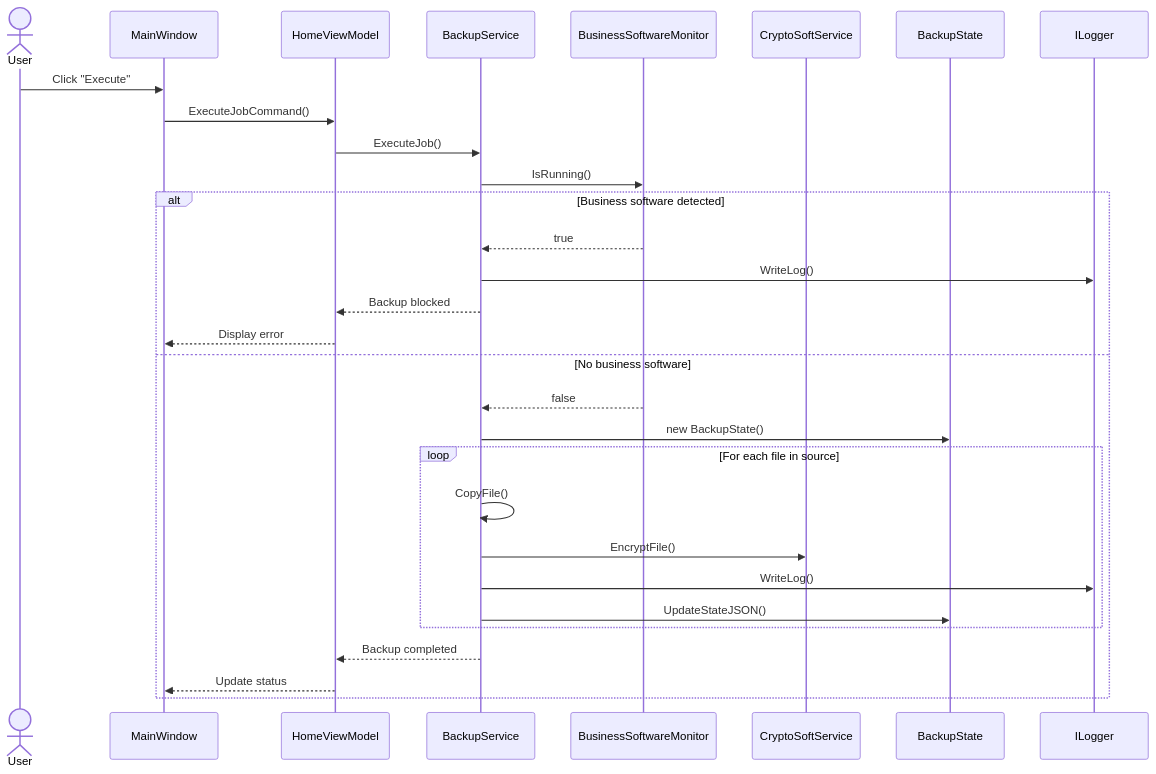
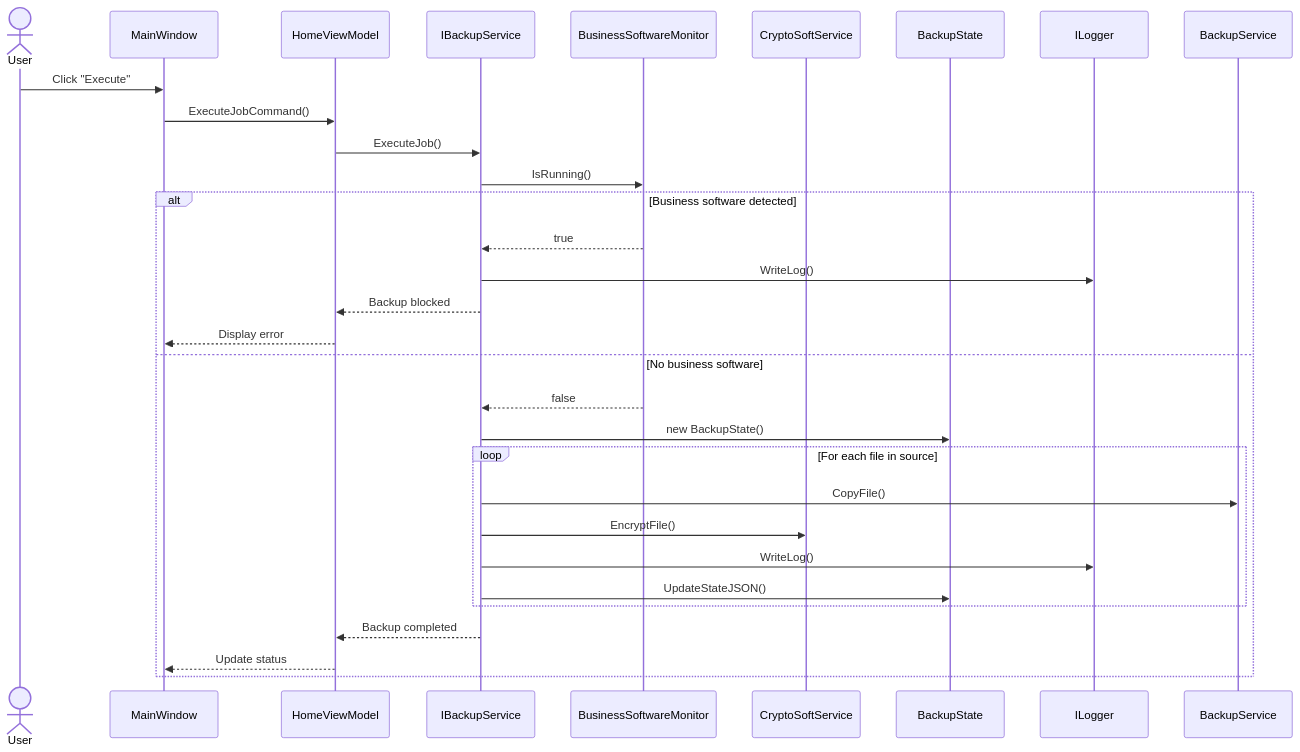
The fifth of 9 diagrams in Diagrams/UML.md (Groupe1-Prosoft/EasySave), drawn with Mermaid before and after one commit. The commit also changed other lines of this file, not shown here.

````diff
--- a/Diagrams/UML.md
+++ b/Diagrams/UML.md
@@ -262,37 +509,37 @@
 ```mermaid
 sequenceDiagram
     actor User
     participant MainWindow
     participant HomeViewModel
-    participant BackupService
+    participant IBackupService
     participant BusinessSoftwareMonitor
     participant CryptoSoftService
     participant BackupState
     participant ILogger
 
     User->>MainWindow: Click "Execute"
     MainWindow->>HomeViewModel: ExecuteJobCommand()
-    HomeViewModel->>BackupService: ExecuteJob()
+    HomeViewModel->>IBackupService: ExecuteJob()
 
-    BackupService->>BusinessSoftwareMonitor: IsRunning()
+    IBackupService->>BusinessSoftwareMonitor: IsRunning()
 
     alt Business software detected
-        BusinessSoftwareMonitor-->>BackupService: true
-        BackupService->>ILogger: WriteLog()
-        BackupService-->>HomeViewModel: Backup blocked
+        BusinessSoftwareMonitor-->>IBackupService: true
+        IBackupService->>ILogger: WriteLog()
+        IBackupService-->>HomeViewModel: Backup blocked
         HomeViewModel-->>MainWindow: Display error
     else No business software
-        BusinessSoftwareMonitor-->>BackupService: false
-        BackupService->>BackupState: new BackupState()
+        BusinessSoftwareMonitor-->>IBackupService: false
+        IBackupService->>BackupState: new BackupState()
 
         loop For each file in source
-            BackupService->>BackupService: CopyFile()
-            BackupService->>CryptoSoftService: EncryptFile()
-            BackupService->>ILogger: WriteLog()
-            BackupService->>BackupState: UpdateStateJSON()
+            IBackupService->>BackupService: CopyFile()
+            IBackupService->>CryptoSoftService: EncryptFile()
+            IBackupService->>ILogger: WriteLog()
+            IBackupService->>BackupState: UpdateStateJSON()
         end
 
-        BackupService-->>HomeViewModel: Backup completed
+        IBackupService-->>HomeViewModel: Backup completed
         HomeViewModel-->>MainWindow: Update status
     end
 ```
````
